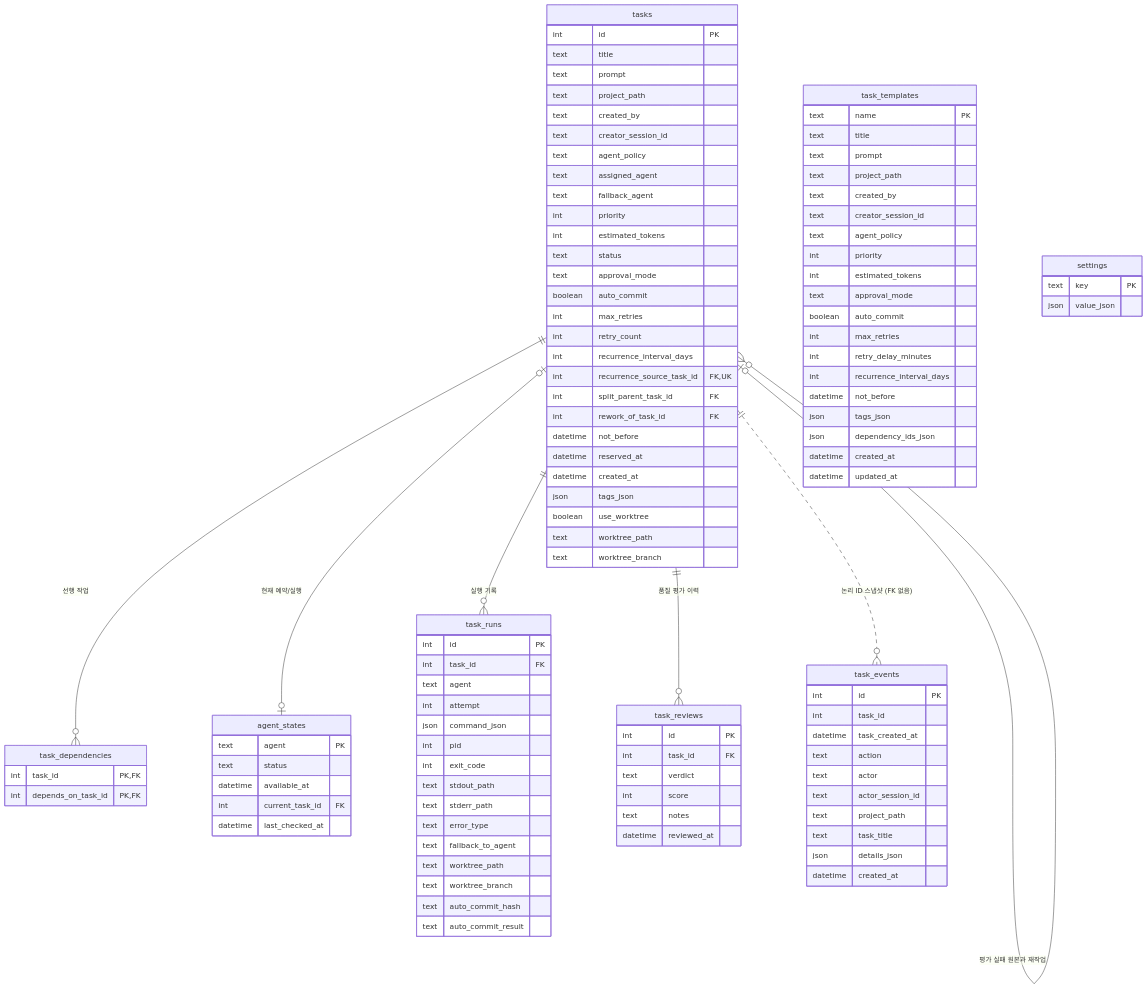
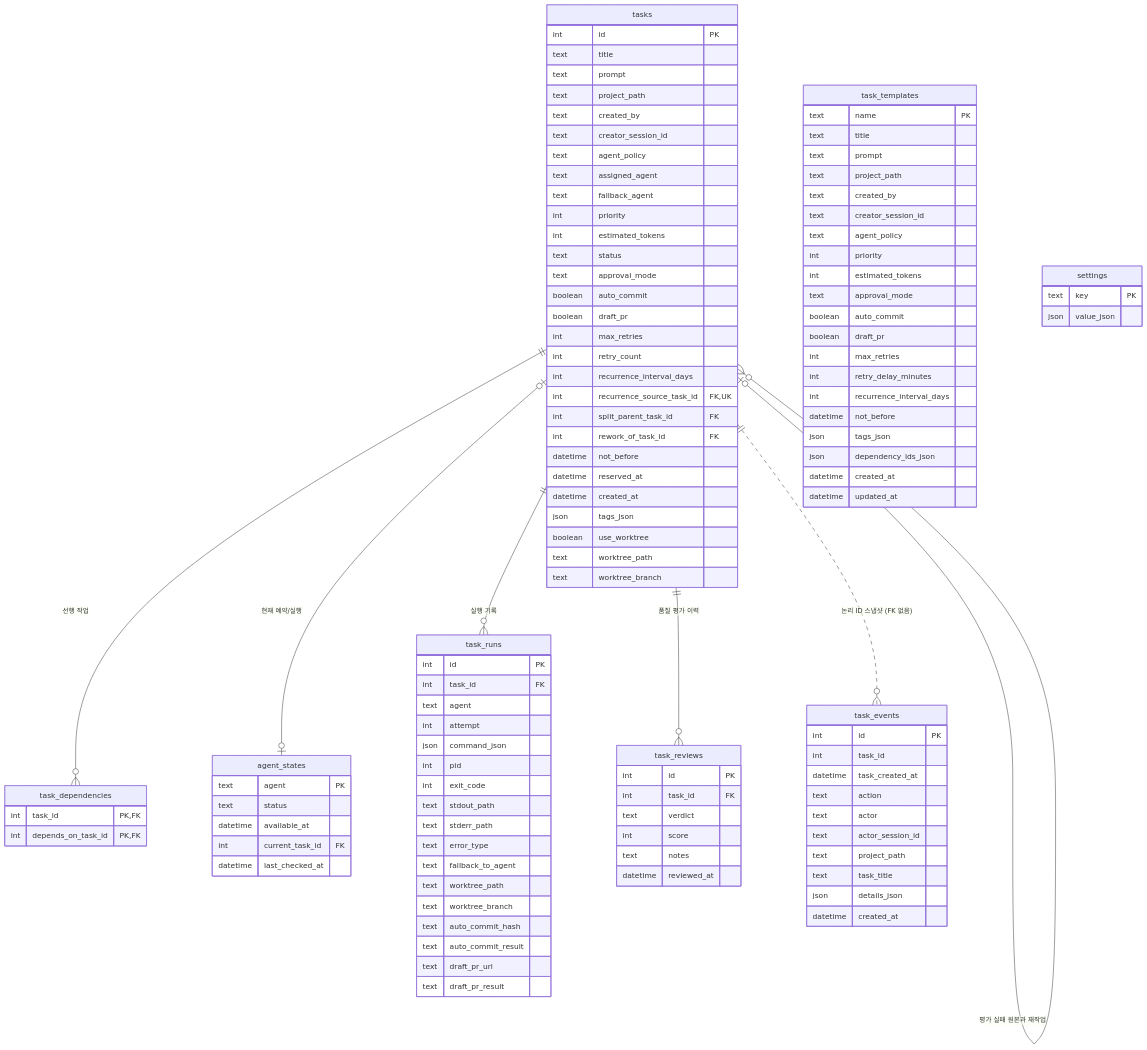
One commit to jasonwpgml/AQR changed the second of 4 diagrams in ai-queue-runner/docs/ARCHITECTURE.md. Above: the diagram before and after it, drawn with Mermaid. The commit also changed other lines of this file and 27 other files, not shown here.

```diff
--- a/ai-queue-runner/docs/ARCHITECTURE.md
+++ b/ai-queue-runner/docs/ARCHITECTURE.md
@@ -89,6 +89,7 @@
         text status
         text approval_mode
         boolean auto_commit
+        boolean draft_pr
         int max_retries
         int retry_count
         int recurrence_interval_days
@@ -130,6 +131,8 @@
         text worktree_branch
         text auto_commit_hash
         text auto_commit_result
+        text draft_pr_url
+        text draft_pr_result
     }
     task_reviews {
         int id PK
@@ -151,6 +154,7 @@
         int estimated_tokens
         text approval_mode
         boolean auto_commit
+        boolean draft_pr
         int max_retries
         int retry_delay_minutes
         int recurrence_interval_days
```
